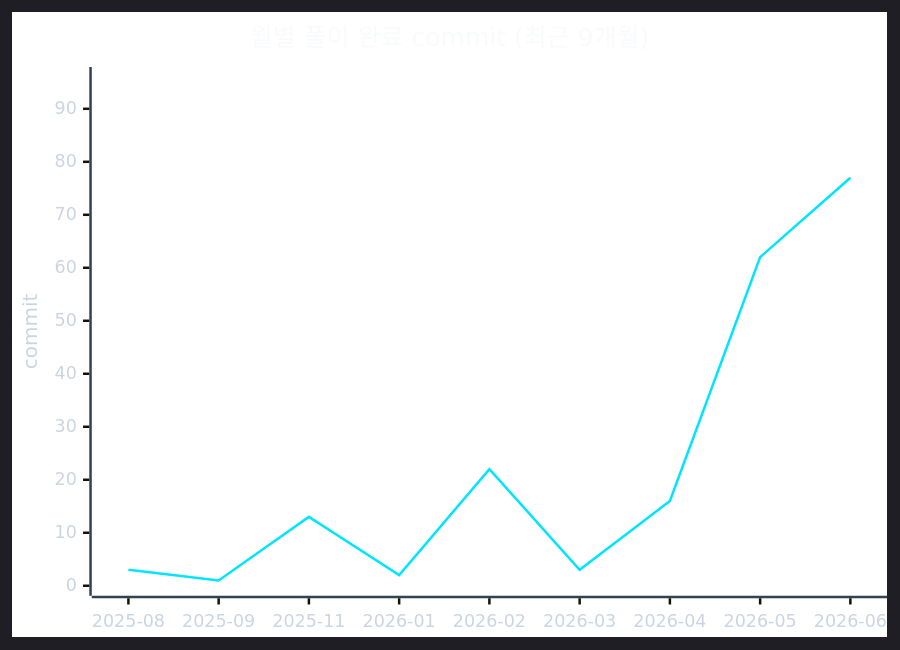
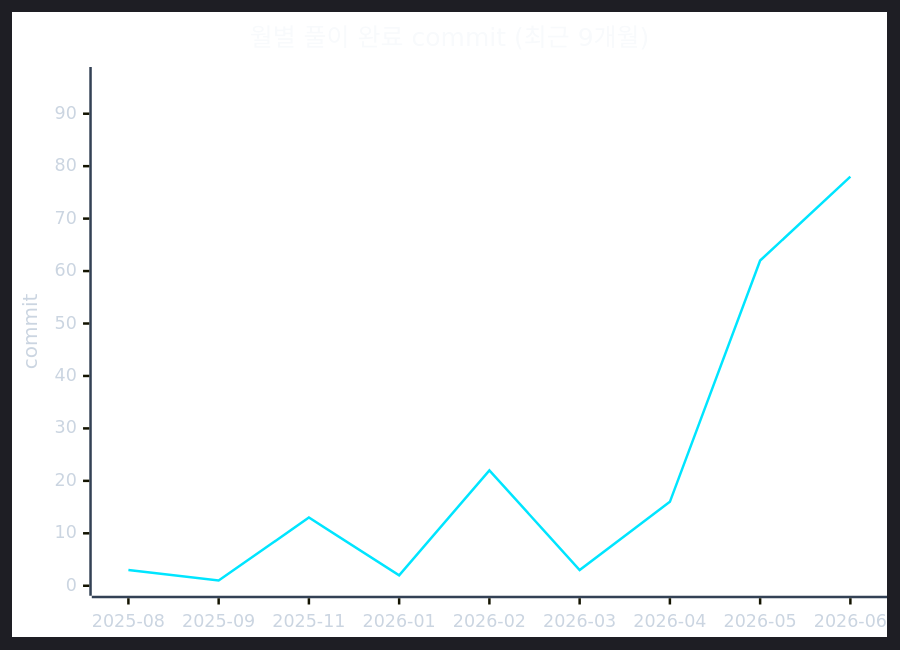
One commit to CHOOSLA/Algorithm changed the second of 2 diagrams in readme.md. Above: the diagram before and after it, drawn with Mermaid. The commit also changed 1 other file, not shown here.

Commit message:
[Passed] 스승의 은혜 2 (167ms, 11MB)

````diff
--- a/readme.md
+++ b/readme.md
@@ -71,22 +71,22 @@
 ```mermaid
 ---
 config:
   theme: dark
   themeVariables:
     background: '#0d1117'
     xyChart:
       titleColor: '#f8fafc'
       xAxisLabelColor: '#cbd5e1'
       xAxisTitleColor: '#cbd5e1'
       xAxisLineColor: '#334155'
       yAxisLabelColor: '#cbd5e1'
       yAxisTitleColor: '#cbd5e1'
       yAxisLineColor: '#334155'
       plotColorPalette: '#00e5ff'
 ---
 xychart-beta
   title "월별 풀이 완료 commit (최근 9개월)"
   x-axis ["2025-08", "2025-09", "2025-11", "2026-01", "2026-02", "2026-03", "2026-04", "2026-05", "2026-06"]
-  y-axis "commit" 0 --> 96
-  line [3, 1, 13, 2, 22, 3, 16, 62, 77]
+  y-axis "commit" 0 --> 97
+  line [3, 1, 13, 2, 22, 3, 16, 62, 78]
 ```
````
